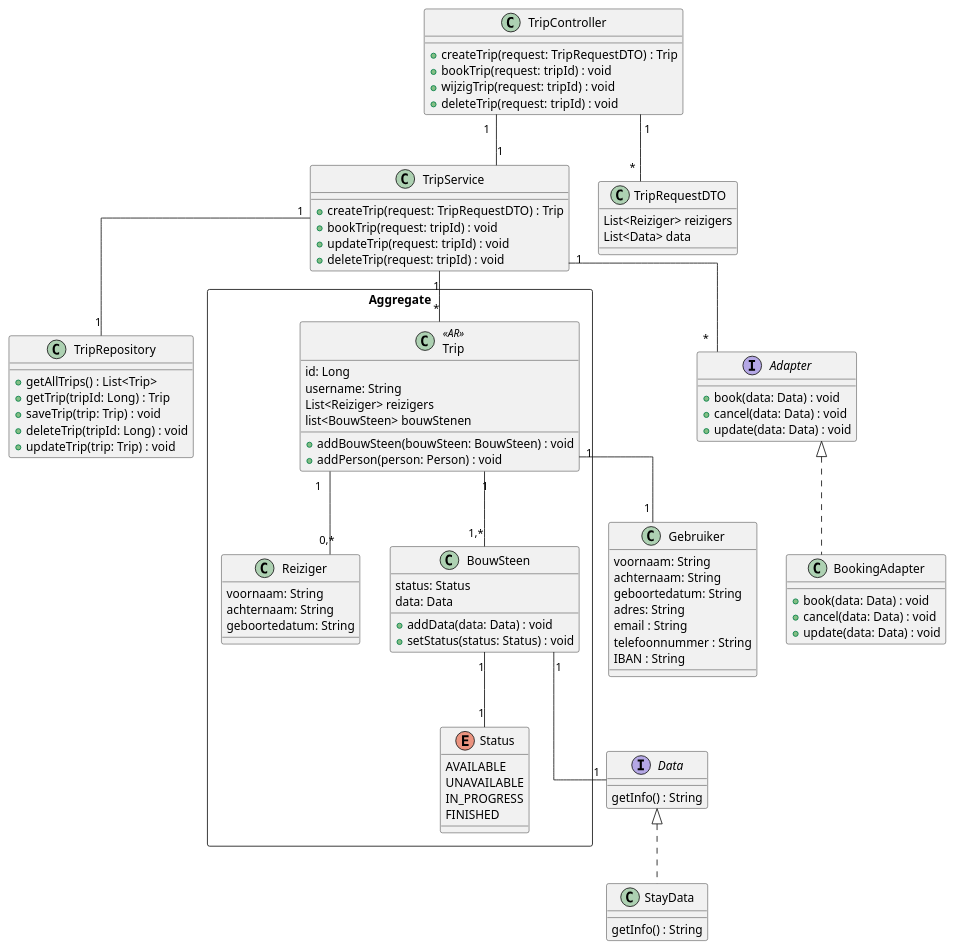
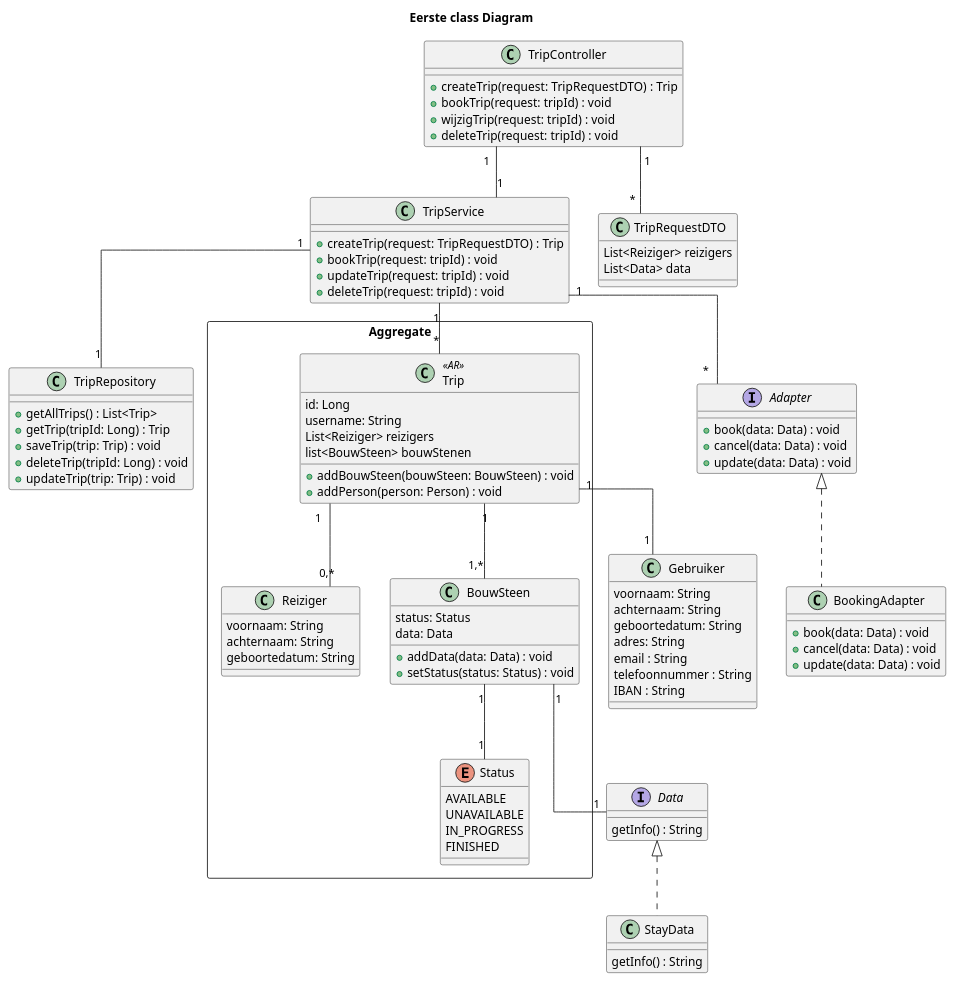
One commit to AIM-ENE-feb25/triptop-livingin-s-pain-nouri-siebe-boris changed the diagram in opdracht-diagrammen/Groeps-diagram/ClassDiagram.puml. Above: the diagram before and after it, drawn with PlantUML. The commit also changed 2 other files, not shown here.

```diff
--- a/opdracht-diagrammen/Groeps-diagram/ClassDiagram.puml
+++ b/opdracht-diagrammen/Groeps-diagram/ClassDiagram.puml
@@ -1,121 +1,122 @@
 @startuml
 'https://plantuml.com/class-diagram
+title Eerste class Diagram
 skinparam linetype ortho
 
 class TripController {
     +createTrip(request: TripRequestDTO) : Trip
     +bookTrip(request: tripId) : void
     +wijzigTrip(request: tripId) : void
     +deleteTrip(request: tripId) : void
 }
 
 class TripService {
     +createTrip(request: TripRequestDTO) : Trip
     +bookTrip(request: tripId) : void
     +updateTrip(request: tripId) : void
     +deleteTrip(request: tripId) : void
 
 }
 
 class TripRepository {
     +getAllTrips() : List<Trip>
     +getTrip(tripId: Long) : Trip
     +saveTrip(trip: Trip) : void
     +deleteTrip(tripId: Long) : void
     +updateTrip(trip: Trip) : void
 }
 
 
 
 class Gebruiker {
     voornaam: String
     achternaam: String
     geboortedatum: String
     adres: String
     email : String
     telefoonnummer : String
     IBAN : String
 }
 
 rectangle "Aggregate" {
 
 class Trip <<AR>> {
     id: Long
     username: String
     List<Reiziger> reizigers
     list<BouwSteen> bouwStenen
     +addBouwSteen(bouwSteen: BouwSteen) : void
     +addPerson(person: Person) : void
 }
 
 
 class Reiziger {
     voornaam: String
     achternaam: String
     geboortedatum: String
 }
 
 class BouwSteen {
     status: Status
     data: Data
     +addData(data: Data) : void
     +setStatus(status: Status) : void
 }
 
 enum Status {
     AVAILABLE
     UNAVAILABLE
     IN_PROGRESS
     FINISHED
 }
 
 }
 
 interface Data {
   getInfo() : String
 }
 
 class StayData implements Data {
  getInfo() : String
 }
 
 interface Adapter {
     +book(data: Data) : void
     +cancel(data: Data) : void
     +update(data: Data) : void
 }
 
 
 class BookingAdapter implements Adapter {
     +book(data: Data) : void
     +cancel(data: Data) : void
     +update(data: Data) : void
 }
 
 
 
 class TripRequestDTO {
     List<Reiziger> reizigers
     List<Data> data
 }
 
 
 
 TripController "1" -- "1" TripService
 TripService "1" -- "1" TripRepository
 TripController "1" -- "*" TripRequestDTO
 
 TripService "1" -- "*" Trip
 TripService "1" -- "*" Adapter
 
 
 BouwSteen "1" -- "1" Data
 BouwSteen "1" -- "1" Status
 Trip "1" -- "1,*" BouwSteen
 Trip "1" -- "0,*" Reiziger
 Trip "1" -- "1" Gebruiker
 
 
 
 
 @enduml
```
